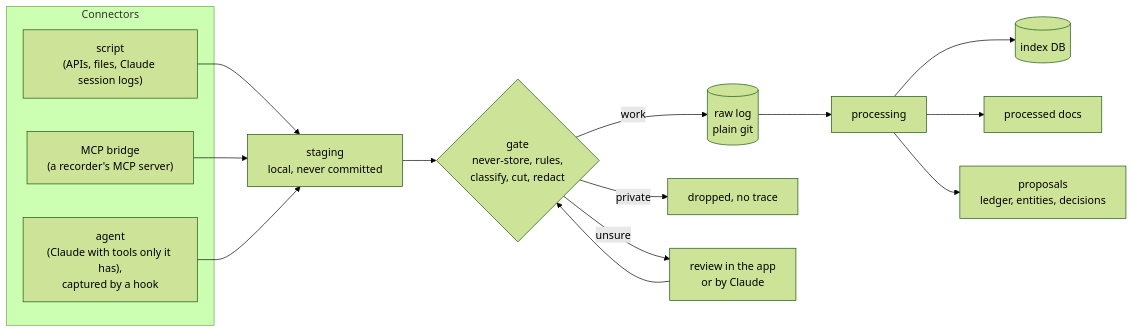
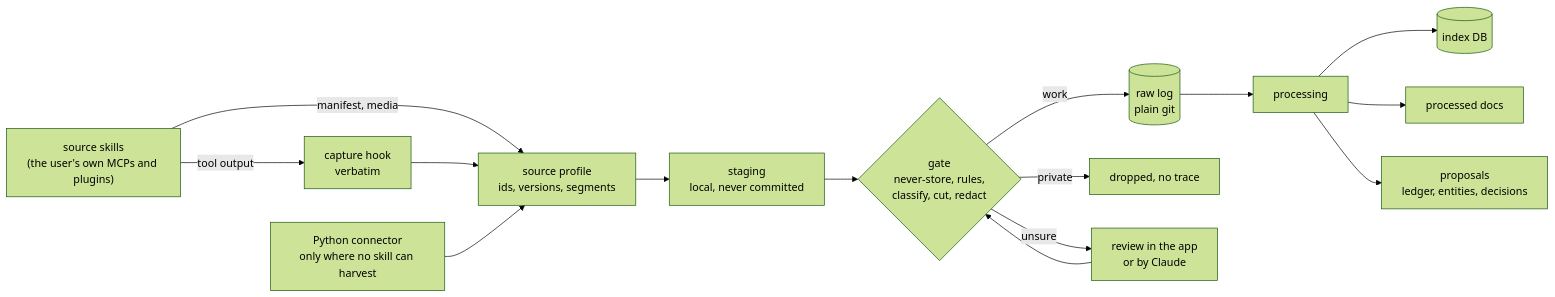
One commit to serionist/docket changed the first of 3 diagrams in docs/design.md. Above: the diagram before and after it, drawn with Mermaid (forest theme). The commit also changed other lines of this file and 5 other files, not shown here.

````diff
--- a/docs/design.md
+++ b/docs/design.md
@@ -55,18 +57,17 @@
 ```mermaid
 flowchart LR
-  subgraph C["Connectors"]
-    S1["script<br/>(APIs, files, Claude session logs)"]
-    S2["MCP bridge<br/>(a recorder's MCP server)"]
-    S3["agent<br/>(Claude with tools only it has),<br/>captured by a hook"]
-  end
-  S1 & S2 & S3 --> ST["staging<br/>local, never committed"]
+  SK["source skills<br/>(the user's own MCPs and plugins)"] -- "tool output" --> HK["capture hook<br/>verbatim"]
+  SK -- "manifest, media" --> PF["source profile<br/>ids, versions, segments"]
+  HK --> PF
+  PY["Python connector<br/>only where no skill can harvest"] --> PF
+  PF --> ST["staging<br/>local, never committed"]
   ST --> G{"gate<br/>never-store, rules,<br/>classify, cut, redact"}
   G -- "work" --> RAW[("raw log<br/>plain git")]
   G -- "private" --> X["dropped, no trace"]
   G -- "unsure" --> REV["review in the app<br/>or by Claude"]
   REV --> G
   RAW --> P["processing"]
   P --> IDX[("index DB")]
   P --> DOCS["processed docs"]
   P --> PROP["proposals<br/>ledger, entities, decisions"]
 ```
````
